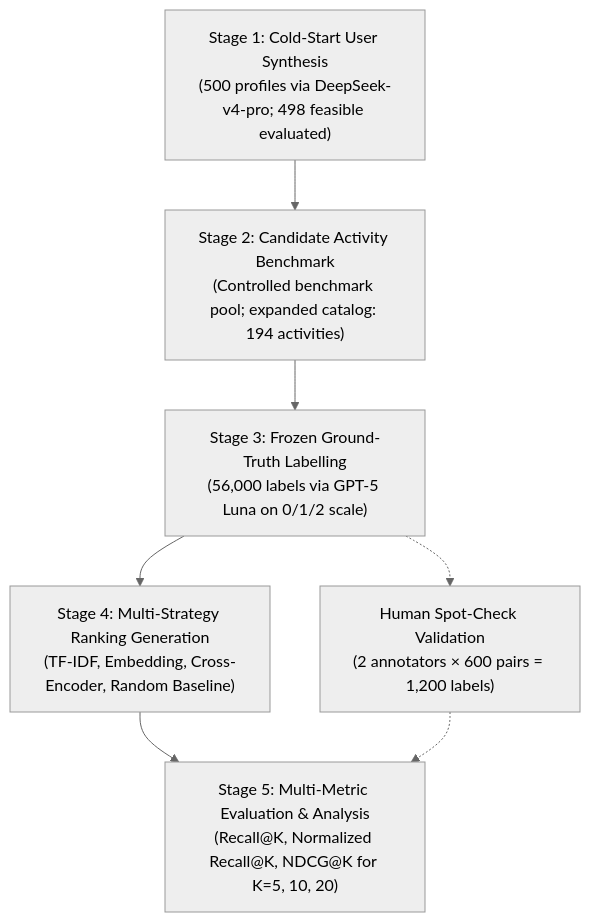
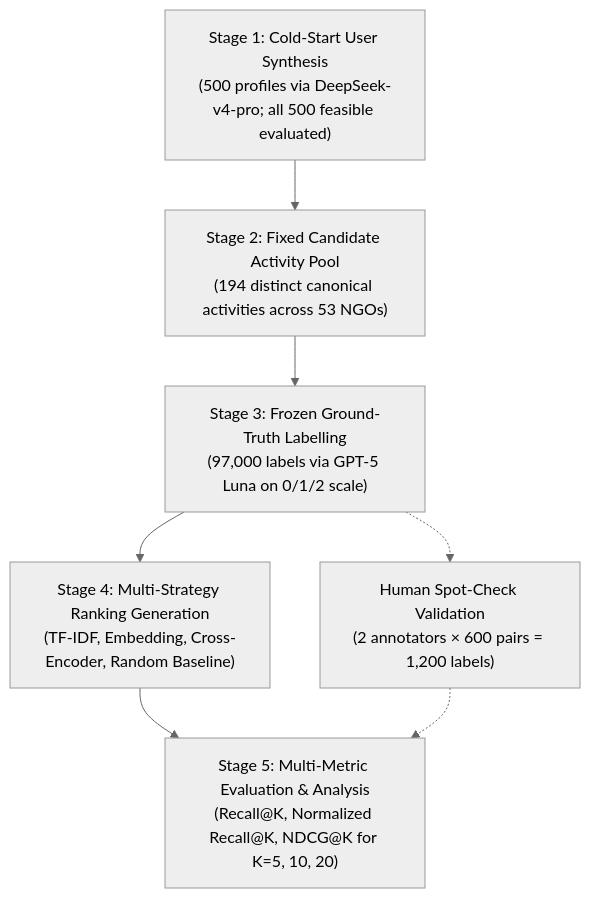
One commit to Bob8259/CSIT-5210-Group-Project changed the third of 4 diagrams in CSIT5210_Group1_Final_Report.md. Above: the diagram before and after it, drawn with Mermaid (neutral theme). The commit also changed other lines of this file and 1 other file, not shown here.

Commit message:
Update final report with complete new evaluation results on 194 activities and 500 profiles from CSIT5210_Evaluation_new.docx

````diff
--- a/CSIT5210_Group1_Final_Report.md
+++ b/CSIT5210_Group1_Final_Report.md
@@ -262,9 +262,9 @@
 ```mermaid
 flowchart TD
-    S1["Stage 1: Cold-Start User Synthesis<br/>(500 profiles via DeepSeek-v4-pro; 498 feasible evaluated)"] --> S2["Stage 2: Candidate Activity Benchmark<br/>(Controlled benchmark pool; expanded catalog: 194 activities)"]
-    S2 --> S3["Stage 3: Frozen Ground-Truth Labelling<br/>(56,000 labels via GPT-5 Luna on 0/1/2 scale)"]
+    S1["Stage 1: Cold-Start User Synthesis<br/>(500 profiles via DeepSeek-v4-pro; all 500 feasible evaluated)"] --> S2["Stage 2: Fixed Candidate Activity Pool<br/>(194 distinct canonical activities across 53 NGOs)"]
+    S2 --> S3["Stage 3: Frozen Ground-Truth Labelling<br/>(97,000 labels via GPT-5 Luna on 0/1/2 scale)"]
     S3 --> S4["Stage 4: Multi-Strategy Ranking Generation<br/>(TF-IDF, Embedding, Cross-Encoder, Random Baseline)"]
     S4 --> S5["Stage 5: Multi-Metric Evaluation & Analysis<br/>(Recall@K, Normalized Recall@K, NDCG@K for K=5, 10, 20)"]
     S3 -.-> HC["Human Spot-Check Validation<br/>(2 annotators × 600 pairs = 1,200 labels)"]
     HC -.-> S5
 ```
````
